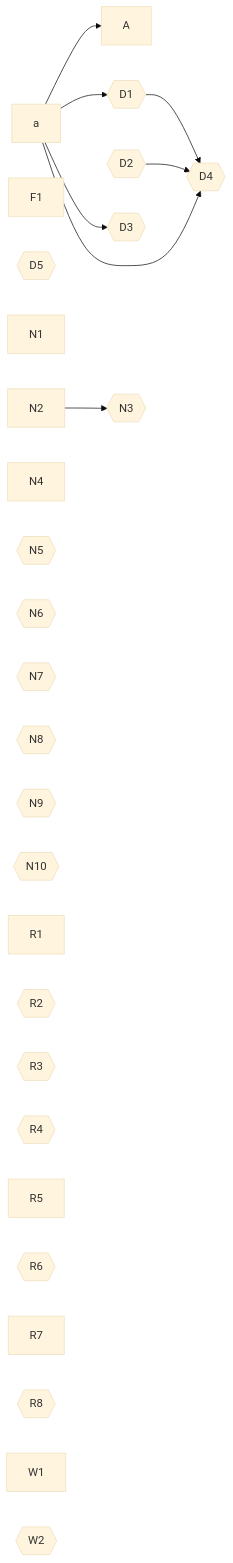
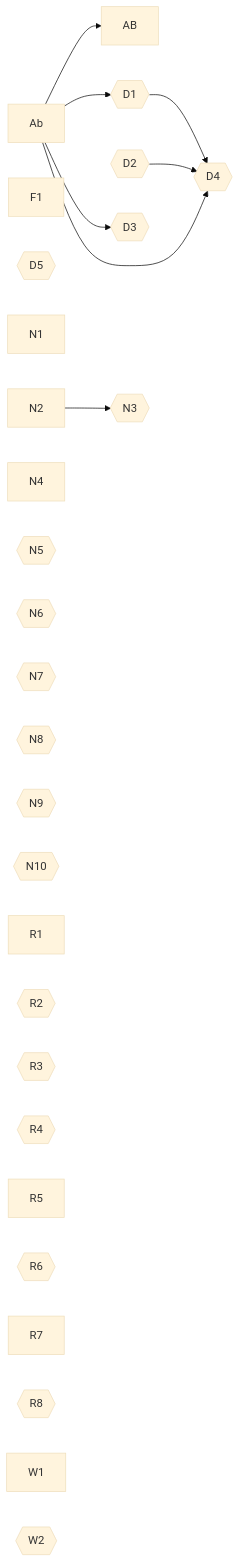
One commit to sympoies/agent-runtime-kit changed the third of 3 diagrams in tests/fixtures/tracker-row-grammar/valid/edge-cases.md. Above: the diagram before and after it, drawn with Mermaid (base theme). The commit also changed other lines of this file and 19 other files, not shown here.

````diff
--- a/tests/fixtures/tracker-row-grammar/valid/edge-cases.md
+++ b/tests/fixtures/tracker-row-grammar/valid/edge-cases.md
@@ -92,38 +92,38 @@
 ```mermaid
 graph LR
-  a
-  A
+  Ab
+  AB
   F1
   D1{{D1}}
   D2{{D2}}
   D3{{D3}}
   D4{{D4}}
   D5{{D5}}
   N1
   N2
   N3{{N3}}
   N4
   N5{{N5}}
   N6{{N6}}
   N7{{N7}}
   N8{{N8}}
   N9{{N9}}
   N10{{N10}}
   R1
   R2{{R2}}
   R3{{R3}}
   R4{{R4}}
   R5
   R6{{R6}}
   R7
   R8{{R8}}
   W1
   W2{{W2}}
-  a --> A
-  a --> D1
-  a --> D3
+  Ab --> AB
+  Ab --> D1
+  Ab --> D3
   D1 --> D4
   D2 --> D4
-  a --> D4
+  Ab --> D4
   N2 --> N3
 ```
````
